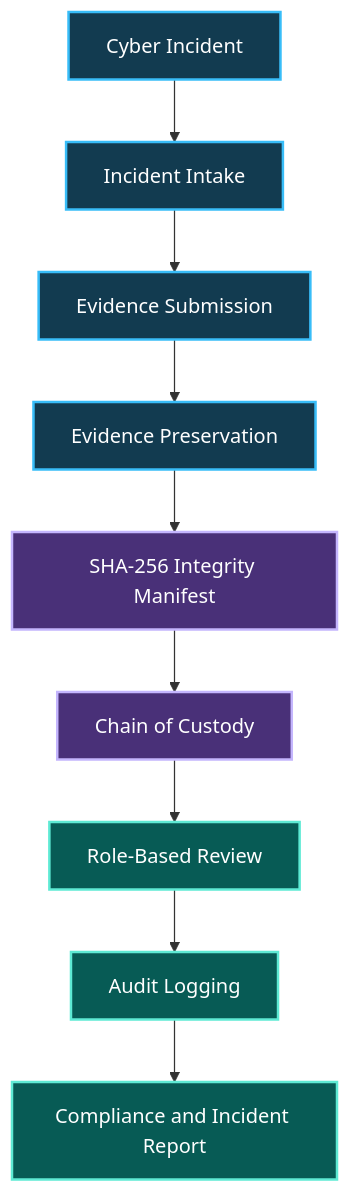
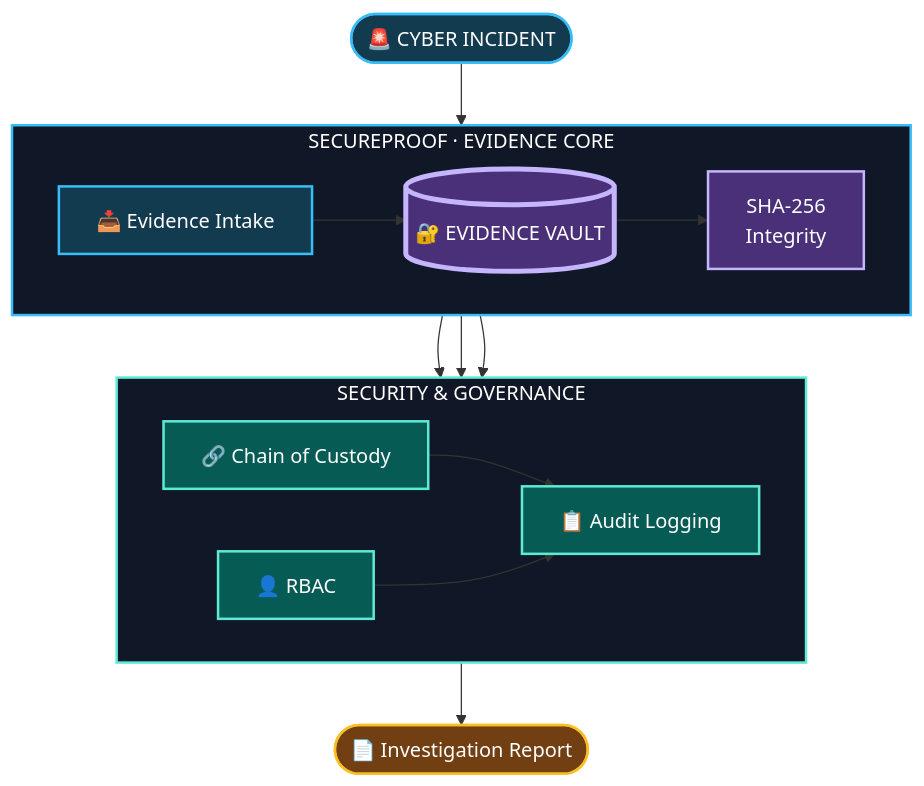
The second of 2 diagrams in README.md (Rana-Shraddha/Rana-Shraddha), drawn with Mermaid before and after one commit.

````diff
--- a/README.md
+++ b/README.md
@@ -295,21 +295,43 @@
 ```mermaid
-flowchart TD
-    A["Cyber Incident"] --> B["Incident Intake"]
-    B --> C["Evidence Submission"]
-    C --> D["Evidence Preservation"]
-    D --> E["SHA-256 Integrity Manifest"]
-    E --> F["Chain of Custody"]
-    F --> G["Role-Based Review"]
-    G --> H["Audit Logging"]
-    H --> I["Compliance and Incident Report"]
+flowchart TB
+    I(["🚨 CYBER INCIDENT"])
 
-    style A fill:#123B50,stroke:#38BDF8,color:#FFFFFF,stroke-width:2px
-    style B fill:#123B50,stroke:#38BDF8,color:#FFFFFF,stroke-width:2px
-    style C fill:#123B50,stroke:#38BDF8,color:#FFFFFF,stroke-width:2px
-    style D fill:#123B50,stroke:#38BDF8,color:#FFFFFF,stroke-width:2px
-    style E fill:#493078,stroke:#C4B5FD,color:#FFFFFF,stroke-width:2px
-    style F fill:#493078,stroke:#C4B5FD,color:#FFFFFF,stroke-width:2px
-    style G fill:#075B55,stroke:#5EEAD4,color:#FFFFFF,stroke-width:2px
-    style H fill:#075B55,stroke:#5EEAD4,color:#FFFFFF,stroke-width:2px
-    style I fill:#075B55,stroke:#5EEAD4,color:#FFFFFF,stroke-width:2px
+    subgraph CORE["SECUREPROOF · EVIDENCE CORE"]
+        direction LR
+        S["📥 Evidence Intake"]
+        V[("🔐 EVIDENCE VAULT")]
+        H["SHA-256<br/>Integrity"]
+        S --> V --> H
+    end
+
+    I --> S
+
+    subgraph CONTROL["SECURITY & GOVERNANCE"]
+        direction LR
+        C["🔗 Chain of Custody"]
+        R["👤 RBAC"]
+        A["📋 Audit Logging"]
+    end
+
+    V --> C
+    V --> R
+    H --> A
+    C --> A
+    R --> A
+
+    O(["📄 Investigation Report"])
+    A --> O
+
+    style I fill:#123B50,stroke:#38BDF8,color:#FFFFFF,stroke-width:2px
+    style S fill:#123B50,stroke:#38BDF8,color:#FFFFFF,stroke-width:2px
+    style V fill:#493078,stroke:#C4B5FD,color:#FFFFFF,stroke-width:4px
+    style H fill:#493078,stroke:#C4B5FD,color:#FFFFFF,stroke-width:2px
+    style C fill:#075B55,stroke:#5EEAD4,color:#FFFFFF,stroke-width:2px
+    style R fill:#075B55,stroke:#5EEAD4,color:#FFFFFF,stroke-width:2px
+    style A fill:#075B55,stroke:#5EEAD4,color:#FFFFFF,stroke-width:2px
+    style O fill:#713F12,stroke:#FBBF24,color:#FFFFFF,stroke-width:2px
+
+    style CORE fill:#101827,stroke:#38BDF8,color:#FFFFFF,stroke-width:2px
+    style CONTROL fill:#101827,stroke:#5EEAD4,color:#FFFFFF,stroke-width:2px
+
 ```
````
